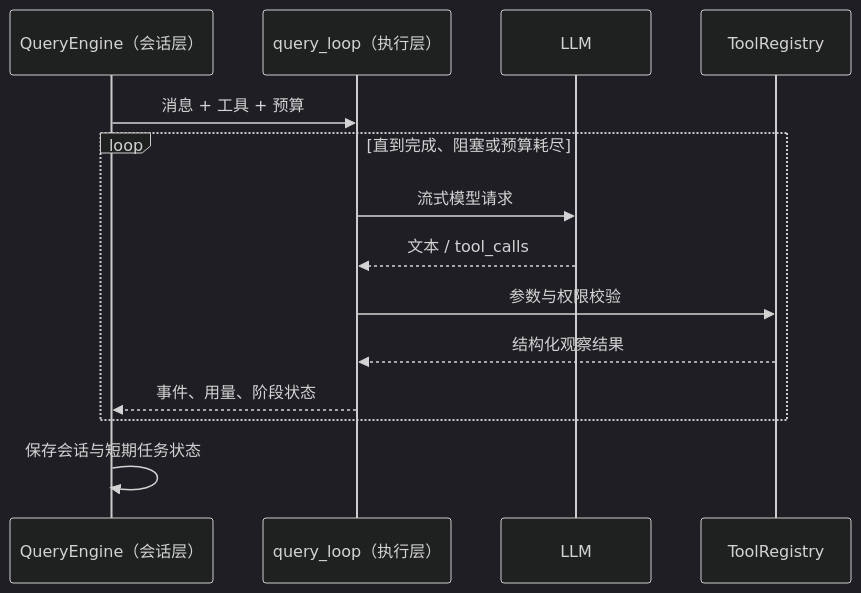
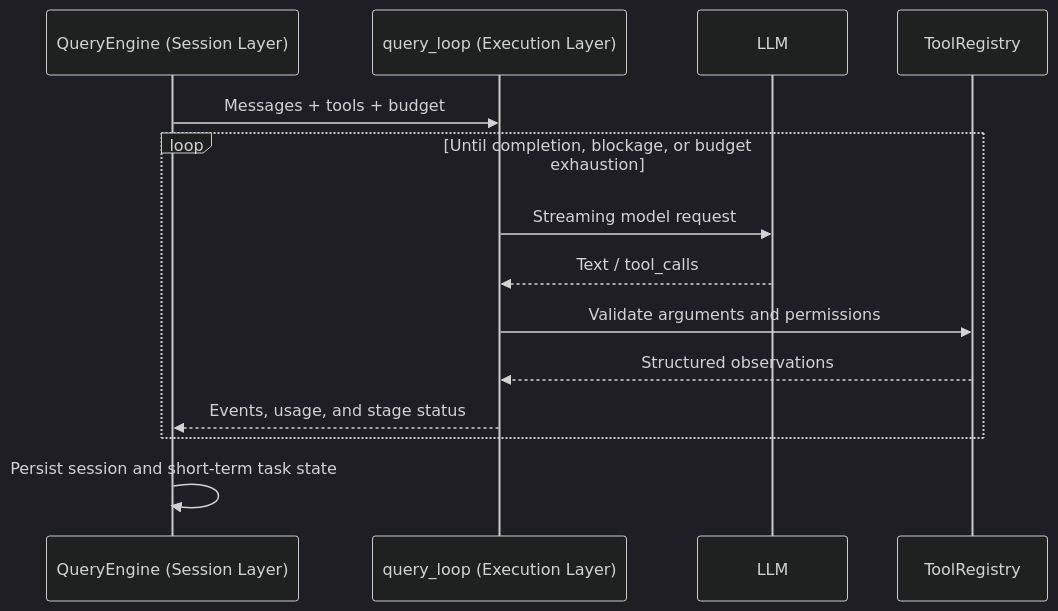
Before and after one commit to Artoriazzz/RepoAgent: the first of 2 diagrams in README.md, drawn with Mermaid (dark theme). The commit also changed other lines of this file and 2 other files, not shown here.

````diff
--- a/README.md
+++ b/README.md
@@ -105,16 +103,16 @@
 ```mermaid
 sequenceDiagram
-    participant E as QueryEngine（会话层）
-    participant L as query_loop（执行层）
+    participant E as QueryEngine (Session Layer)
+    participant L as query_loop (Execution Layer)
     participant M as LLM
     participant T as ToolRegistry
-    E->>L: 消息 + 工具 + 预算
-    loop 直到完成、阻塞或预算耗尽
-        L->>M: 流式模型请求
-        M-->>L: 文本 / tool_calls
-        L->>T: 参数与权限校验
-        T-->>L: 结构化观察结果
-        L-->>E: 事件、用量、阶段状态
+    E->>L: Messages + tools + budget
+    loop Until completion, blockage, or budget exhaustion
+        L->>M: Streaming model request
+        M-->>L: Text / tool_calls
+        L->>T: Validate arguments and permissions
+        T-->>L: Structured observations
+        L-->>E: Events, usage, and stage status
     end
-    E->>E: 保存会话与短期任务状态
+    E->>E: Persist session and short-term task state
 ```
````
